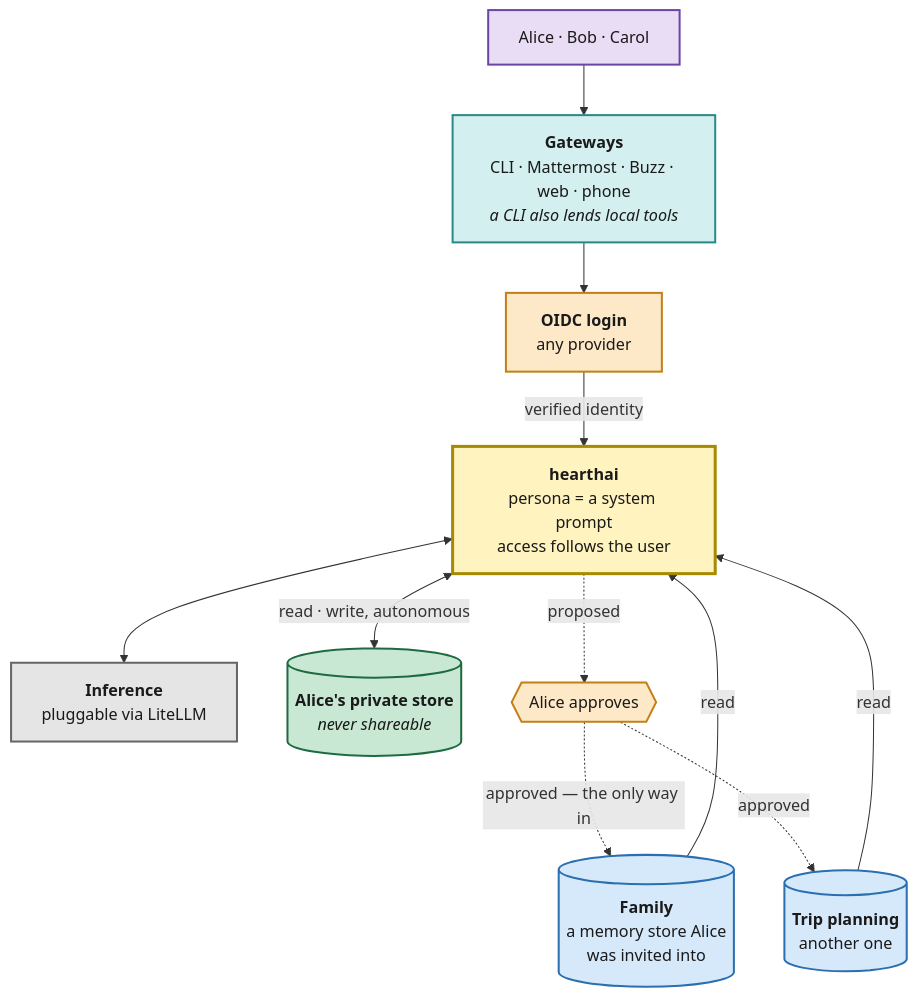
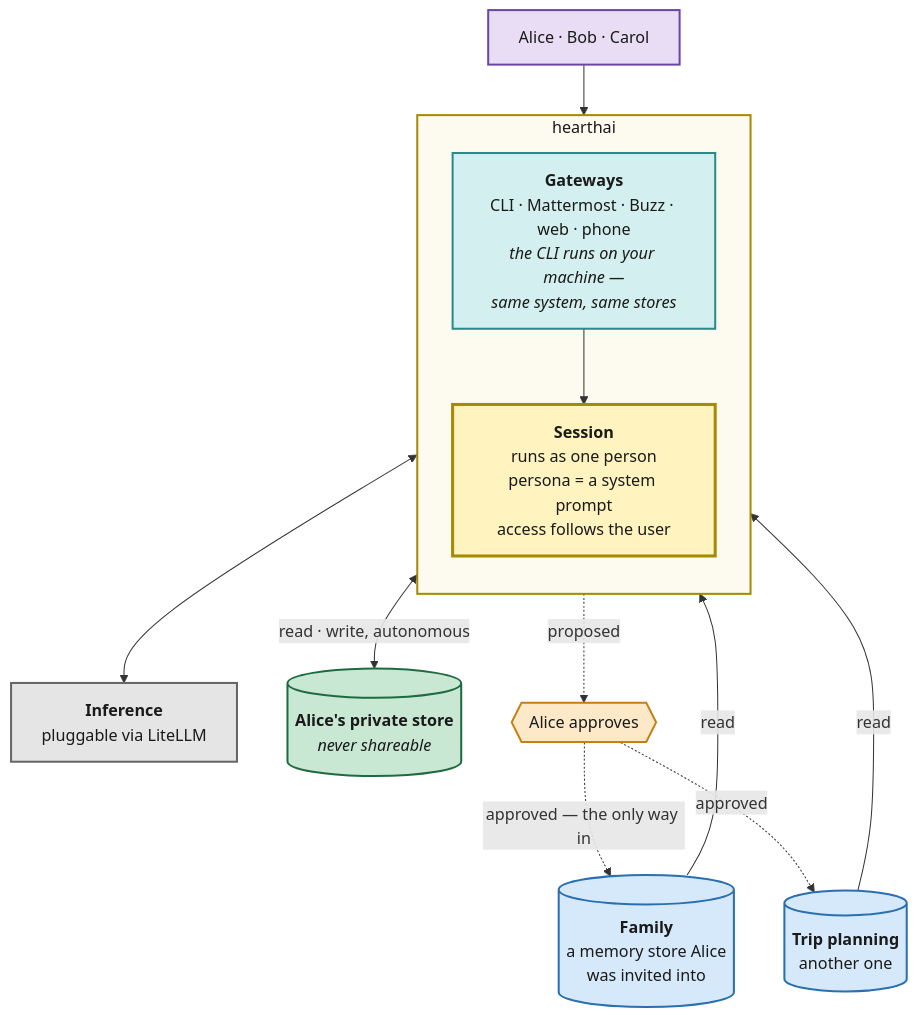
The diagram in README.md (jokajak/hearthai), drawn with Mermaid before and after one commit. The commit also changed other lines of this file, not shown here.

First line of the commit message:
Gateways are part of hearthai; proactive contact is per user

````diff
--- a/README.md
+++ b/README.md
@@ -23,31 +23,35 @@
 ```mermaid
 flowchart TB
     U["Alice · Bob · Carol"]:::person
-    GW["<b>Gateways</b><br/>CLI · Mattermost · Buzz · web · phone<br/><i>a CLI also lends local tools</i>"]:::ui
-    OIDC["<b>OIDC login</b><br/>any provider"]:::gate
-    H["<b>hearthai</b><br/>persona = a system prompt<br/>access follows the user"]:::core
+
+    subgraph HAI["hearthai"]
+        direction TB
+        GW["<b>Gateways</b><br/>CLI · Mattermost · Buzz · web · phone<br/><i>the CLI runs on your machine —<br/>same system, same stores</i>"]:::ui
+        CORE["<b>Session</b><br/>runs as one person<br/>persona = a system prompt<br/>access follows the user"]:::core
+        GW --> CORE
+    end
+
     INF["<b>Inference</b><br/>pluggable via LiteLLM"]:::inf
     PRIV[("<b>Alice's private store</b><br/><i>never shareable</i>")]:::priv
     SH1[("<b>Family</b><br/>a memory store Alice<br/>was invited into")]:::shared
     SH2[("<b>Trip planning</b><br/>another one")]:::shared
     OK{{"Alice approves"}}:::gate
 
     U --> GW
-    GW --> OIDC
-    OIDC -->|"verified identity"| H
-    H <--> INF
-    H <-->|"read · write, autonomous"| PRIV
-    SH1 -->|read| H
-    SH2 -->|read| H
-    H -. "proposed" .-> OK
+    CORE <--> INF
+    CORE <-->|"read · write, autonomous"| PRIV
+    SH1 -->|read| CORE
+    SH2 -->|read| CORE
+    CORE -. "proposed" .-> OK
     OK -. "approved — the only way in" .-> SH1
     OK -. "approved" .-> SH2
 
     classDef person fill:#e8ddf5,stroke:#6b46a8,stroke-width:2px,color:#1a1a1a
     classDef ui fill:#d3efef,stroke:#2a8a8a,stroke-width:2px,color:#1a1a1a
     classDef gate fill:#fde9c8,stroke:#c47f17,stroke-width:2px,color:#1a1a1a
     classDef core fill:#fff3bf,stroke:#a68b00,stroke-width:3px,color:#1a1a1a
     classDef inf fill:#e5e5e5,stroke:#666666,stroke-width:2px,color:#1a1a1a
     classDef priv fill:#c9e8d4,stroke:#1f6b41,stroke-width:2px,color:#1a1a1a
     classDef shared fill:#d6e9fb,stroke:#2a6fb0,stroke-width:2px,color:#1a1a1a
+    style HAI fill:#fdfaf0,stroke:#a68b00,stroke-width:2px,color:#1a1a1a
 ```
````
